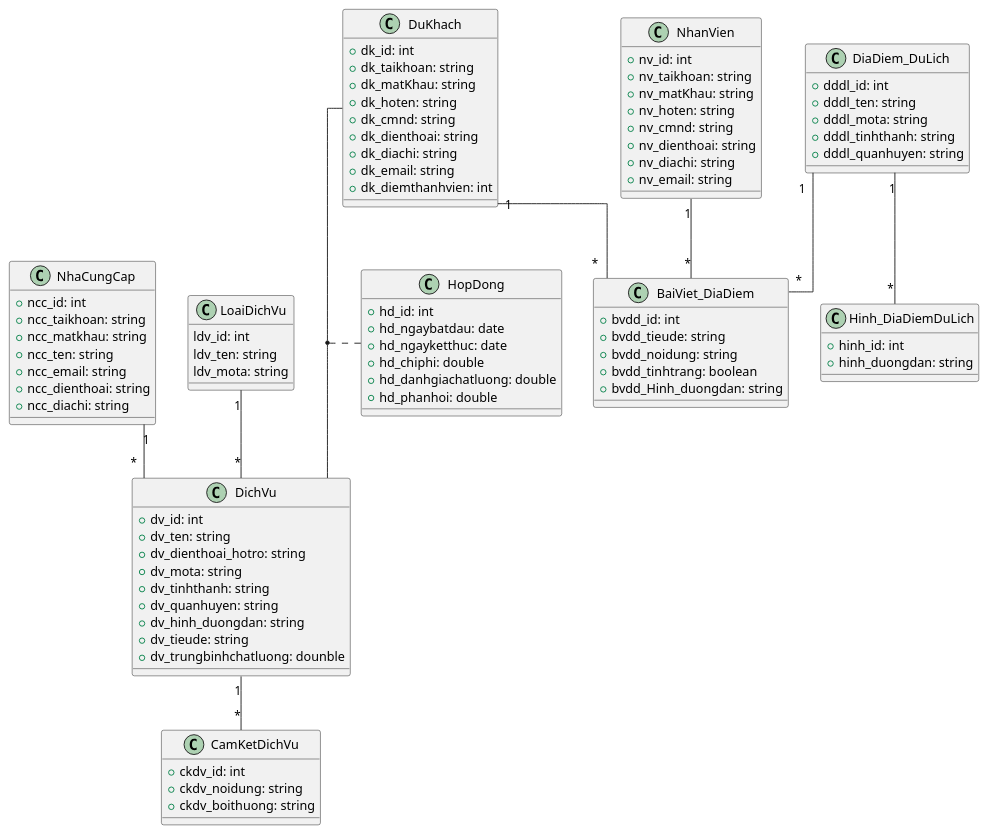
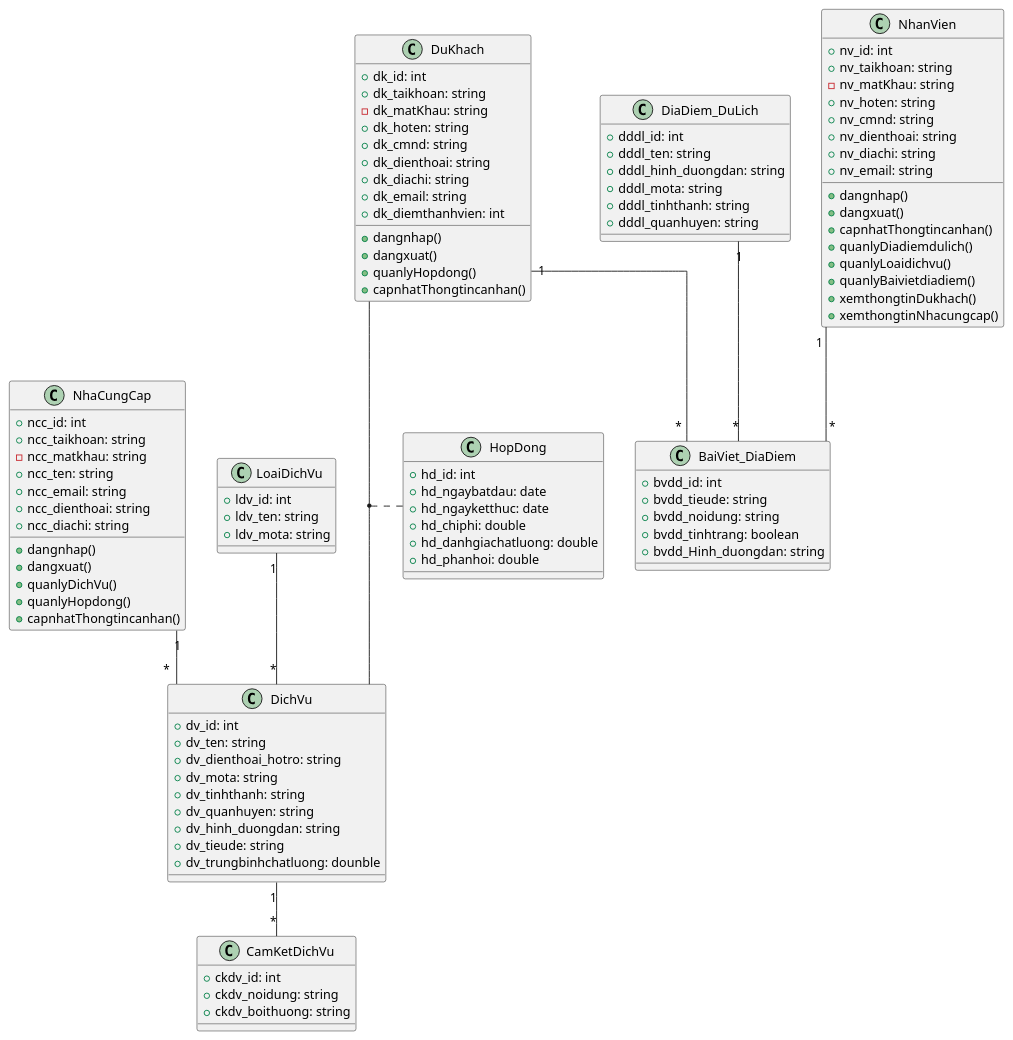
Before and after one commit to TranTan-Dat/LV_DuLichDienTu: the diagram in PlanUML/Class (1).puml, drawn with PlantUML. The commit also changed 21 other files, not shown here.

```diff
--- a/PlanUML/Class (1).puml
+++ b/PlanUML/Class (1).puml
@@ -1,111 +1,128 @@
 @startuml SoDoclass
  skinparam linetype ortho
 ' Dịch vụ du lịch ở đây bao gồm các khu vui chơi,
 ' ăn ngủ nghỉ, dịch vụ đi lại, các dịch vụ sẽ có loại DV
 'Dịch vụ sẽ gồm có:
 '1. Phương tiện để đi lại (gồm có phương tiện đi đến nơi du lịch và phương tiện đi lại ở điểm du lịch)
 '2. Tham quan 
 '3.ăn uống
 '4. chỗ ngủ
 
 
 
 class NhaCungCap{
   + ncc_id: int
   + ncc_taikhoan: string
-  + ncc_matkhau: string
+  - ncc_matkhau: string
   + ncc_ten: string
   + ncc_email: string
   + ncc_dienthoai: string
   + ncc_diachi: string
+  
+  + dangnhap()
+  + dangxuat()
+  + quanlyDichVu()
+  + quanlyHopdong()
+  + capnhatThongtincanhan()
 }
 
 class DiaDiem_DuLich{
   + dddl_id: int
   + dddl_ten: string
+  + dddl_hinh_duongdan: string
   + dddl_mota: string
   + dddl_tinhthanh: string
   + dddl_quanhuyen: string
 }
 
 
 class BaiViet_DiaDiem{
   + bvdd_id: int
   + bvdd_tieude: string
   + bvdd_noidung: string
   + bvdd_tinhtrang: boolean
   + bvdd_Hinh_duongdan: string
 }
 
 class DuKhach{
   + dk_id: int
   + dk_taikhoan: string
-  + dk_matKhau: string
+  - dk_matKhau: string
   + dk_hoten: string
   + dk_cmnd: string
   + dk_dienthoai: string
   + dk_diachi: string
   + dk_email: string 
   + dk_diemthanhvien: int
+
+  + dangnhap()
+  + dangxuat()
+  + quanlyHopdong()
+  + capnhatThongtincanhan()
+  
 }
 
 class LoaiDichVu{
-  ldv_id: int
-  ldv_ten: string
-  ldv_mota: string
+  + ldv_id: int
+  + ldv_ten: string
+  + ldv_mota: string
 }
 
 class DichVu{
   + dv_id: int
   + dv_ten: string
   + dv_dienthoai_hotro: string
   + dv_mota: string
   + dv_tinhthanh: string
   + dv_quanhuyen: string
   + dv_hinh_duongdan: string
   + dv_tieude: string
   + dv_trungbinhchatluong: dounble
 }
 
 class CamKetDichVu{
   + ckdv_id: int
   + ckdv_noidung: string
   + ckdv_boithuong: string
 }
 
 class HopDong{
   + hd_id: int
   + hd_ngaybatdau: date
   + hd_ngayketthuc: date
   + hd_chiphi: double
   + hd_danhgiachatluong: double
   + hd_phanhoi: double
 }
 
 class NhanVien{
   + nv_id: int
   + nv_taikhoan: string
-  + nv_matKhau: string
+  - nv_matKhau: string
   + nv_hoten: string
   + nv_cmnd: string
   + nv_dienthoai: string
   + nv_diachi: string
   + nv_email: string 
+  
+  + dangnhap()
+  + dangxuat()
+  + capnhatThongtincanhan()
+  + quanlyDiadiemdulich()
+  + quanlyLoaidichvu()
+  + quanlyBaivietdiadiem()
+  + xemthongtinDukhach()
+  + xemthongtinNhacungcap()
 }
 
-class Hinh_DiaDiemDuLich{
-  + hinh_id: int
-  + hinh_duongdan: string
-}
 
 NhaCungCap "1" -- "*" DichVu
 LoaiDichVu "1" -- "*" DichVu
 DuKhach "1" -- "*" BaiViet_DiaDiem
 DiaDiem_DuLich "1" -- "*" BaiViet_DiaDiem
 NhanVien "1" -- "*" BaiViet_DiaDiem
 (DuKhach, DichVu) .. HopDong
-DiaDiem_DuLich "1" -- "*" Hinh_DiaDiemDuLich
 DichVu "1" -- "*" CamKetDichVu
 
 
 @enduml
```
